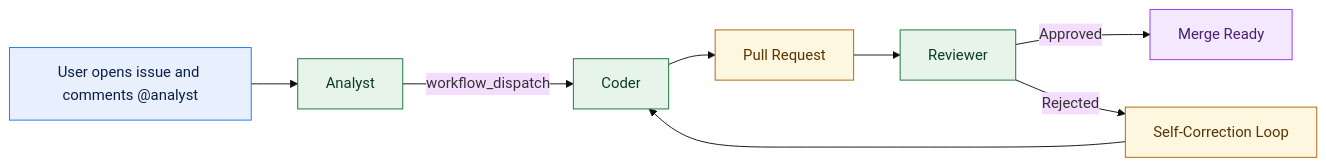
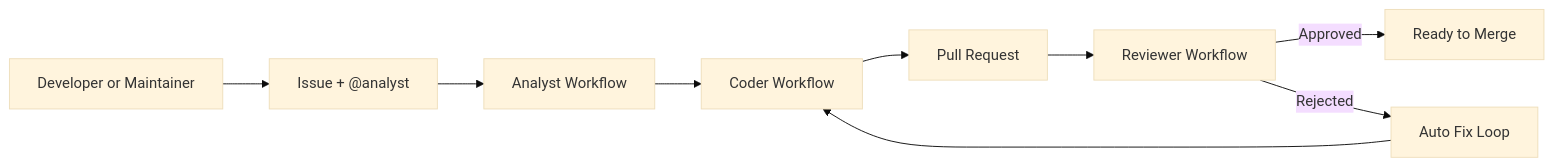
The first of 2 diagrams in README.md (BUZASLAN128/HiveMind-Actions), drawn with Mermaid (base theme) before and after one commit. The commit also changed other lines of this file, not shown here.

Commit message:
docs: make README product-first with live PoCs and push review flow

````diff
--- a/README.md
+++ b/README.md
@@ -30,20 +30,11 @@
 ```mermaid
 flowchart LR
-    U[User opens issue and comments @analyst] --> A[Analyst]
-    A -->|workflow_dispatch| C[Coder]
+    U[Developer or Maintainer] --> I[Issue + @analyst]
+    I --> A[Analyst Workflow]
+    A --> C[Coder Workflow]
     C --> PR[Pull Request]
-    PR --> R[Reviewer]
-    R -->|Approved| M[Merge Ready]
-    R -->|Rejected| L[Self-Correction Loop]
+    PR --> R[Reviewer Workflow]
+    R -->|Approved| M[Ready to Merge]
+    R -->|Rejected| L[Auto Fix Loop]
     L --> C
-
-    classDef actor fill:#E8F0FE,stroke:#1A73E8,color:#0B1F44;
-    classDef bot fill:#E6F4EA,stroke:#137333,color:#0B3D20;
-    classDef gate fill:#FEF7E0,stroke:#B06000,color:#5A3200;
-    classDef done fill:#F3E8FD,stroke:#9334E6,color:#4A1F75;
-
-    class U actor;
-    class A,C,R bot;
-    class PR,L gate;
-    class M done;
 ```
````
